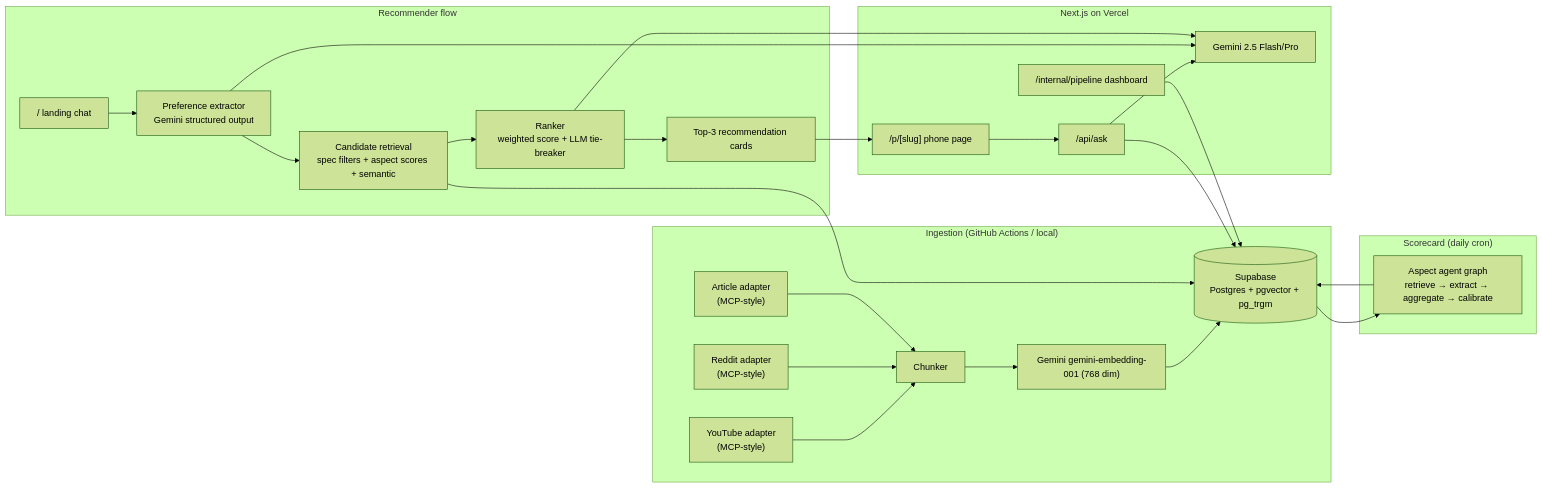
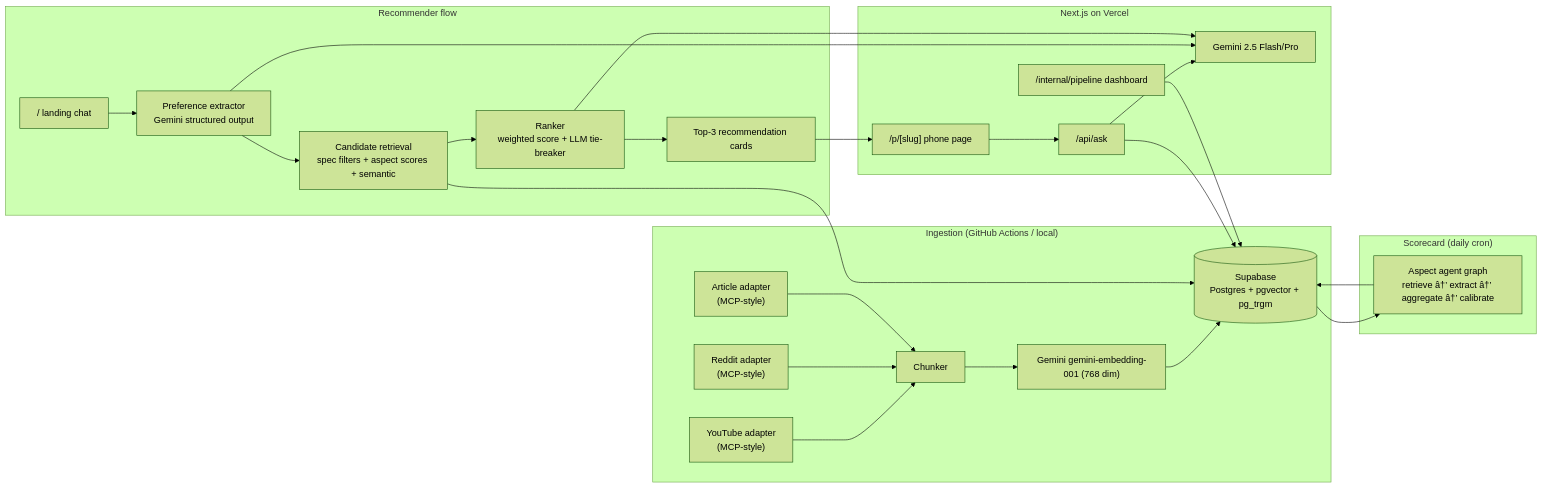
Before and after one commit to rohang1411/RECSY: the first of 2 diagrams in docs/RECSY_V2_PROJECT_CONTEXT.md, drawn with Mermaid (forest theme). The commit also changed other lines of this file and 12 other files, not shown here.

````diff
--- a/docs/RECSY_V2_PROJECT_CONTEXT.md
+++ b/docs/RECSY_V2_PROJECT_CONTEXT.md
@@ -292,34 +292,34 @@
 ```mermaid
 flowchart LR
   subgraph Ingest["Ingestion (GitHub Actions / local)"]
     YT["YouTube adapter<br/>(MCP-style)"] --> Chunker
     RD["Reddit adapter<br/>(MCP-style)"] --> Chunker
     ART["Article adapter<br/>(MCP-style)"] --> Chunker
     Chunker --> Embedder["Gemini gemini-embedding-001 (768 dim)"]
     Embedder --> PG[("Supabase<br/>Postgres + pgvector + pg_trgm")]
   end
 
   subgraph Batch["Scorecard (daily cron)"]
-    PG --> AgentGraph["Aspect agent graph<br/>retrieve → extract → aggregate → calibrate"]
+    PG --> AgentGraph["Aspect agent graph<br/>retrieve â†’ extract â†’ aggregate â†’ calibrate"]
     AgentGraph --> PG
   end
 
   subgraph Recommend["Recommender flow"]
     UserIntake["/ landing chat"] --> Extractor["Preference extractor<br/>Gemini structured output"]
     Extractor --> Retriever["Candidate retrieval<br/>spec filters + aspect scores + semantic"]
     Retriever --> Ranker["Ranker<br/>weighted score + LLM tie-breaker"]
     Ranker --> RecUI["Top-3 recommendation cards"]
   end
 
   subgraph Serve["Next.js on Vercel"]
     UserIntake
     RecUI --> PhonePage["/p/[slug] phone page"]
     PhonePage --> ChatAPI["/api/ask"]
     ChatAPI --> PG
     ChatAPI --> Gemini["Gemini 2.5 Flash/Pro"]
     Extractor --> Gemini
     Ranker --> Gemini
     Retriever --> PG
     PipelineDash["/internal/pipeline dashboard"] --> PG
   end
 ```
````
